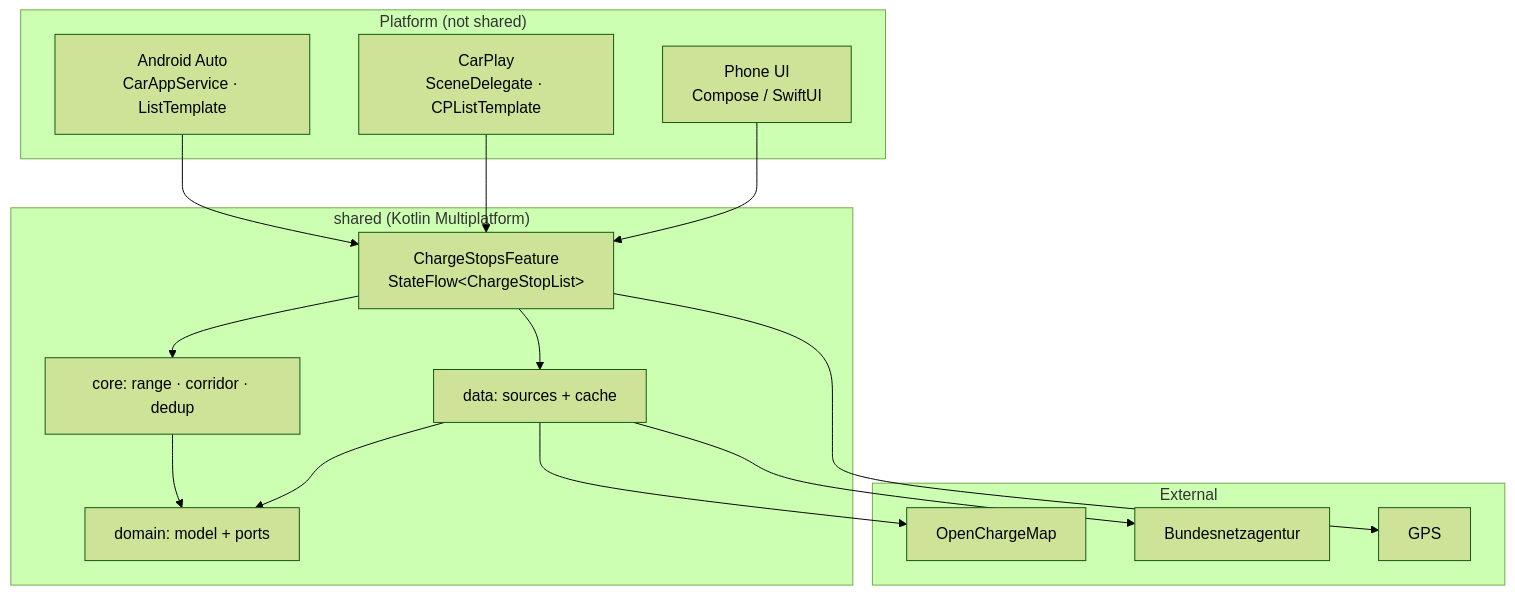
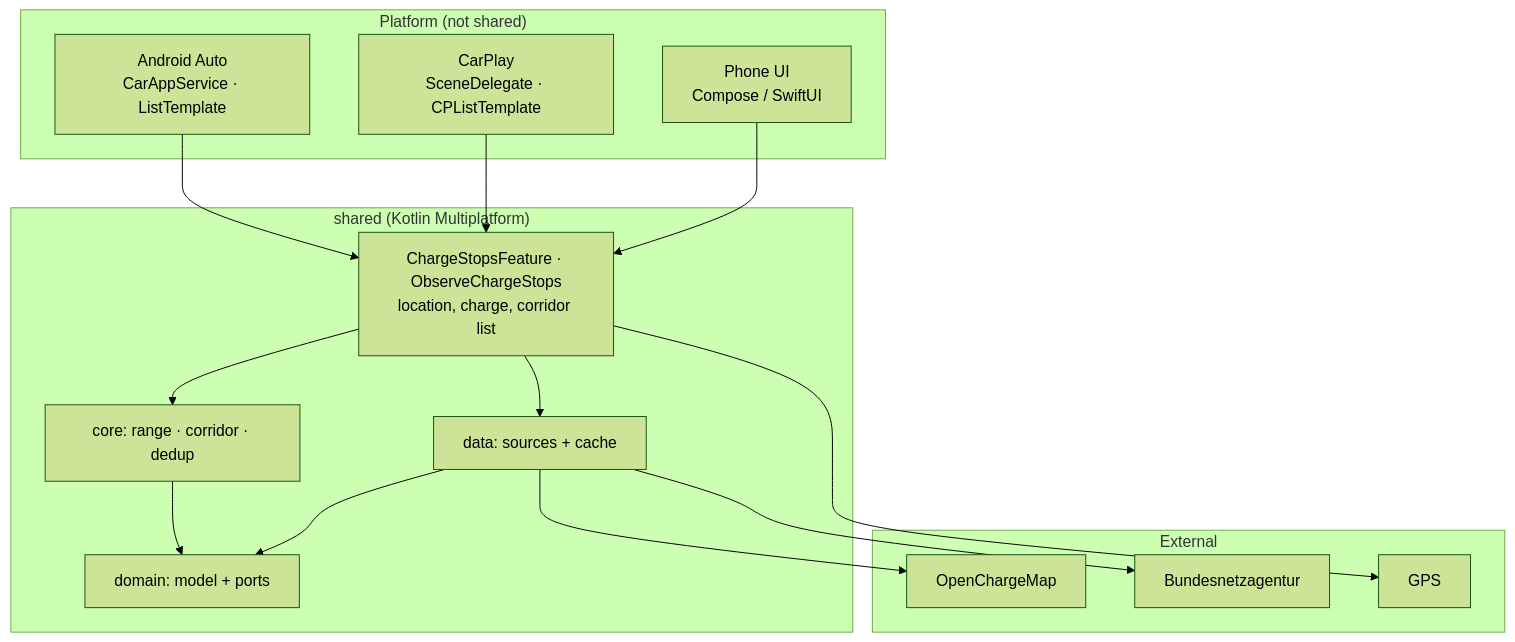
One commit to kalinjul/ChargeAhead changed the diagram in ARCHITECTURE.md. Above: the diagram before and after it, drawn with Mermaid (forest theme). The commit also changed other lines of this file and 35 other files, not shown here.

First line of the commit message:
Move the corridor list into ObserveChargeStops

````diff
--- a/ARCHITECTURE.md
+++ b/ARCHITECTURE.md
@@ -188,29 +188,29 @@
 ```mermaid
 flowchart TD
     subgraph plat["Platform (not shared)"]
         AA["Android Auto<br/>CarAppService · ListTemplate"]
         CP["CarPlay<br/>SceneDelegate · CPListTemplate"]
         PH["Phone UI<br/>Compose / SwiftUI"]
     end
     subgraph shared["shared (Kotlin Multiplatform)"]
-        VM["ChargeStopsFeature<br/>StateFlow&lt;ChargeStopList&gt;"]
+        VM["ChargeStopsFeature · ObserveChargeStops<br/>location, charge, corridor list"]
         CORE["core: range · corridor · dedup"]
         DOM["domain: model + ports"]
         DATA["data: sources + cache"]
     end
     subgraph ext["External"]
         OCM["OpenChargeMap"]
         BNA["Bundesnetzagentur"]
         LOC["GPS"]
     end
     AA --> VM
     CP --> VM
     PH --> VM
     VM --> CORE
     CORE --> DOM
     DATA --> DOM
     VM --> DATA
     DATA --> OCM
     DATA --> BNA
     VM --> LOC
 ```
````
